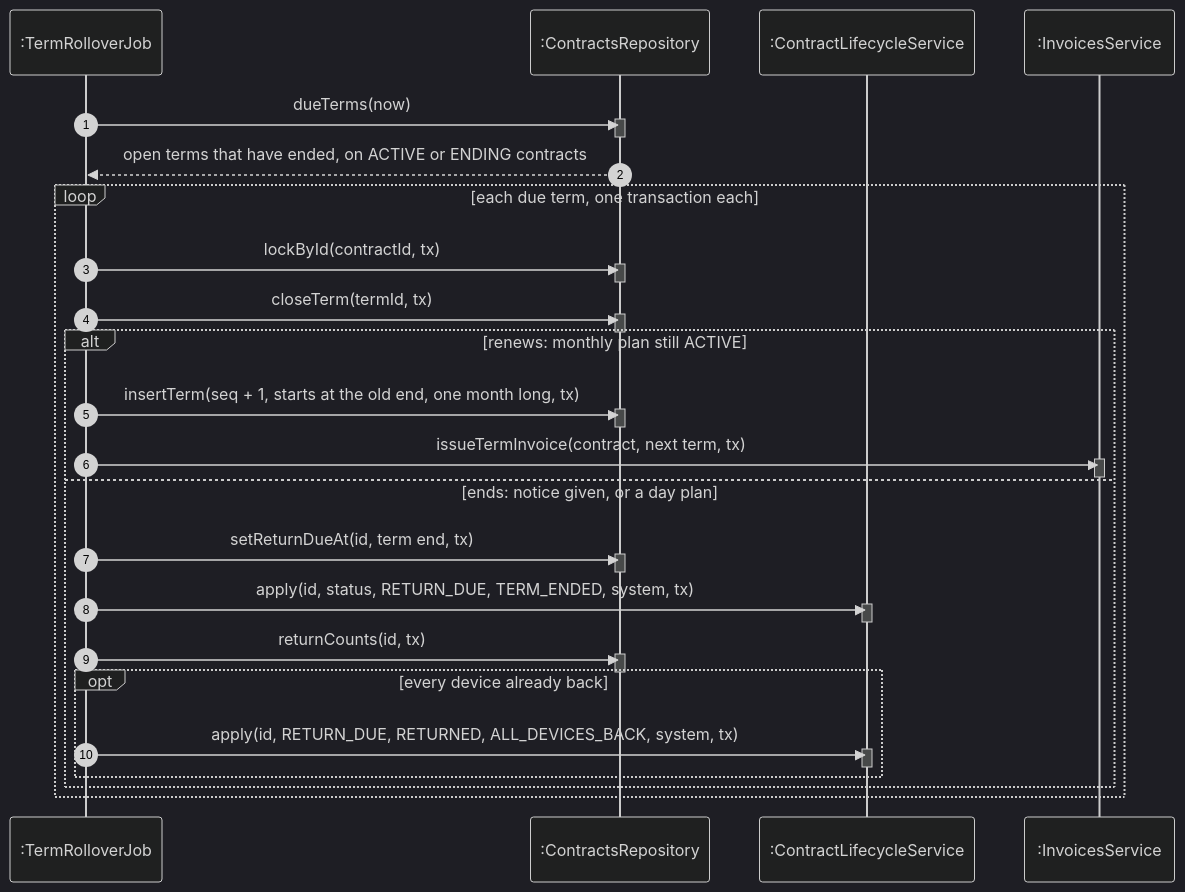
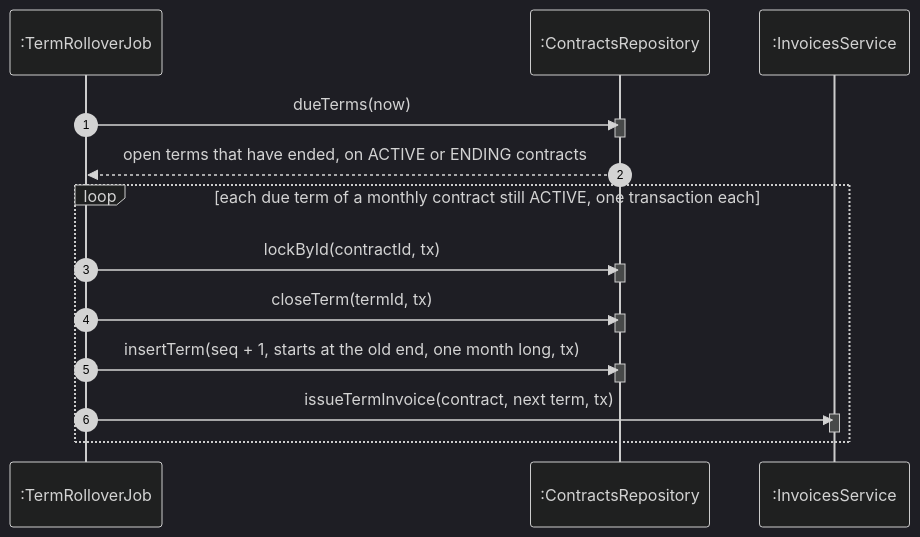
One commit to TrekLink-Team/treklink-web changed diagram 28 of 29 in specs/rentals/design.md. Above: the diagram before and after it, drawn with Mermaid (dark theme). The commit also changed other lines of this file and 2 other files, not shown here.

First line of the commit message:
docs: UC-24 renewal only, no opt blocks, named return types (review of #113)

````diff
--- a/specs/rentals/design.md
+++ b/specs/rentals/design.md
@@ -1157,43 +1152,25 @@
 ```mermaid
 sequenceDiagram
     autonumber
     participant J as :TermRolloverJob
     participant R as :ContractsRepository
-    participant L as :ContractLifecycleService
     participant I as :InvoicesService
     J->>R: dueTerms(now)
     activate R
     deactivate R
     R-->>J: open terms that have ended, on ACTIVE or ENDING contracts
-    loop each due term, one transaction each
+    loop each due term of a monthly contract still ACTIVE, one transaction each
         J->>R: lockById(contractId, tx)
         activate R
         deactivate R
         J->>R: closeTerm(termId, tx)
         activate R
         deactivate R
-        alt renews: monthly plan still ACTIVE
-            J->>R: insertTerm(seq + 1, starts at the old end, one month long, tx)
-            activate R
-            deactivate R
-            J->>I: issueTermInvoice(contract, next term, tx)
-            activate I
-            deactivate I
-        else ends: notice given, or a day plan
-            J->>R: setReturnDueAt(id, term end, tx)
-            activate R
-            deactivate R
-            J->>L: apply(id, status, RETURN_DUE, TERM_ENDED, system, tx)
-            activate L
-            deactivate L
-            J->>R: returnCounts(id, tx)
-            activate R
-            deactivate R
-            opt every device already back
-                J->>L: apply(id, RETURN_DUE, RETURNED, ALL_DEVICES_BACK, system, tx)
-                activate L
-                deactivate L
-            end
-        end
+        J->>R: insertTerm(seq + 1, starts at the old end, one month long, tx)
+        activate R
+        deactivate R
+        J->>I: issueTermInvoice(contract, next term, tx)
+        activate I
+        deactivate I
     end
 ```
````
